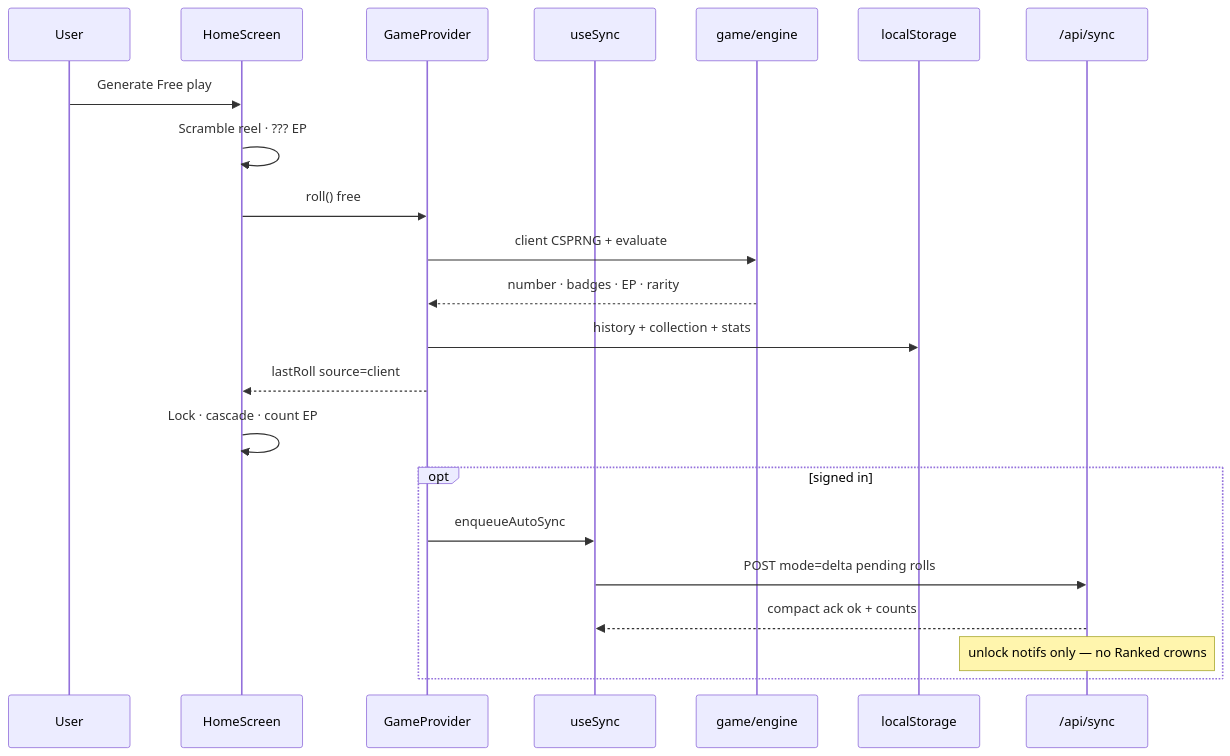
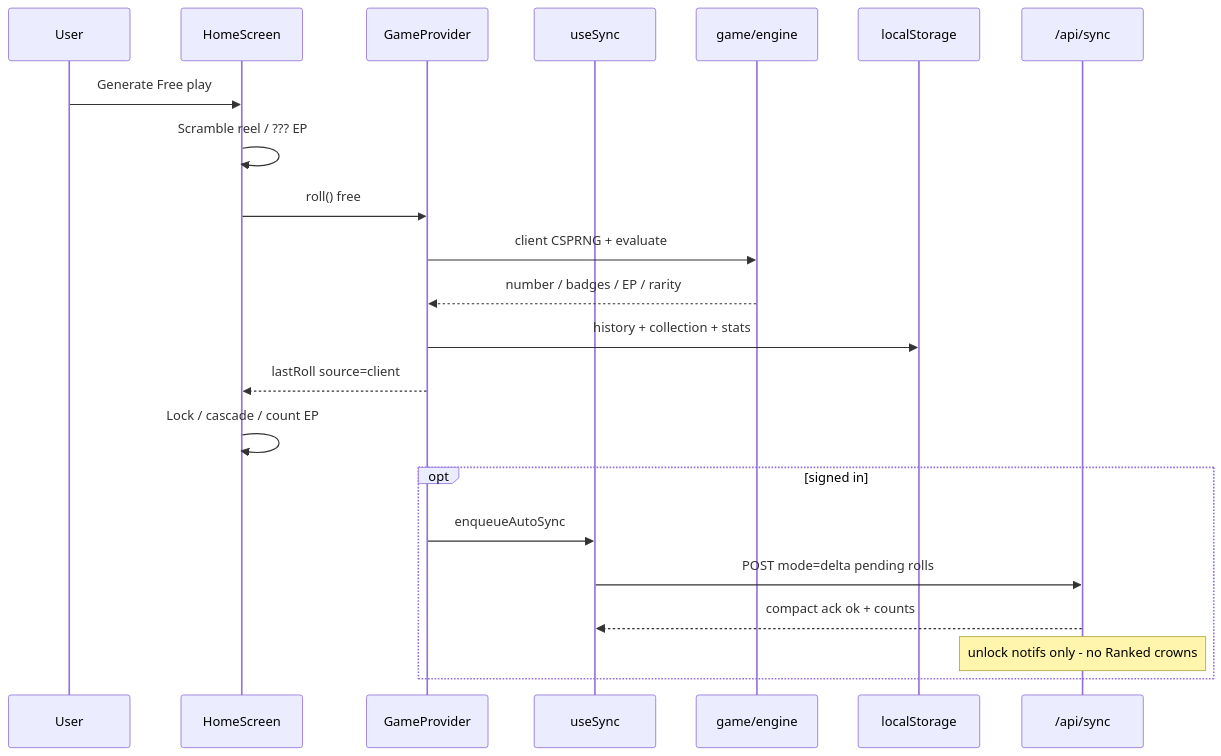
Before and after one commit to jondmarien/rngdle-unlocked: the third of 8 diagrams in docs/ARCHITECTURE.md, drawn with Mermaid. The commit also changed other lines of this file and 4 other files, not shown here.

First line of the commit message:
Fix Mermaid PIPE parse errors on GitHub Wiki Architecture diagrams.

````diff
--- a/docs/ARCHITECTURE.md
+++ b/docs/ARCHITECTURE.md
@@ -118,25 +118,25 @@
 ```mermaid
 sequenceDiagram
   participant U as User
   participant H as HomeScreen
   participant G as GameProvider
   participant Sync as useSync
   participant E as game/engine
   participant S as localStorage
   participant C as /api/sync
 
   U->>H: Generate Free play
-  H->>H: Scramble reel · ??? EP
+  H->>H: Scramble reel / ??? EP
   H->>G: roll() free
   G->>E: client CSPRNG + evaluate
-  E-->>G: number · badges · EP · rarity
+  E-->>G: number / badges / EP / rarity
   G->>S: history + collection + stats
   G-->>H: lastRoll source=client
-  H->>H: Lock · cascade · count EP
+  H->>H: Lock / cascade / count EP
   opt signed in
     G->>Sync: enqueueAutoSync
     Sync->>C: POST mode=delta pending rolls
     C-->>Sync: compact ack ok + counts
-    Note over C: unlock notifs only — no Ranked crowns
+    Note over C: unlock notifs only - no Ranked crowns
   end
 ```
````
